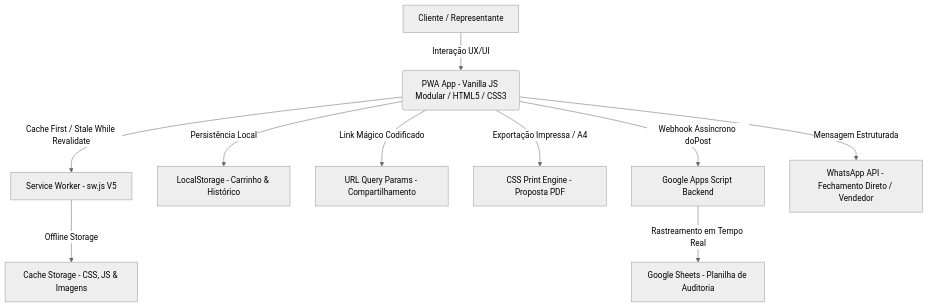
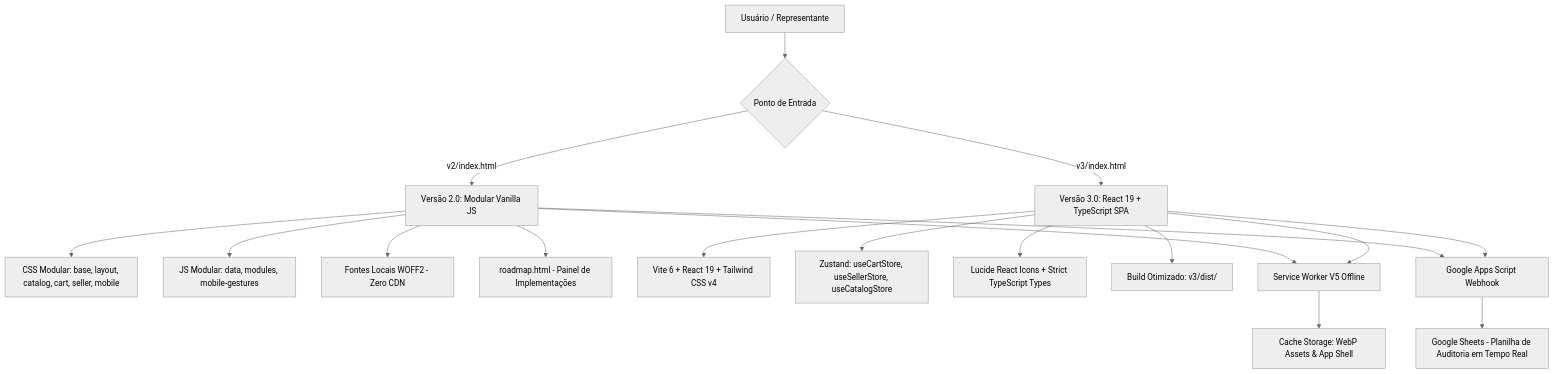
One commit to N4FOG/catalognafog changed the diagram in README.md. Above: the diagram before and after it, drawn with Mermaid (neutral theme). The commit also changed other lines of this file and 14 other files, not shown here.

First line of the commit message:
docs & feat: 📊 Painel de Roadmap Interativo, Fontes Locais WOFF2 e README Unificado

````diff
--- a/README.md
+++ b/README.md
@@ -68,12 +56,23 @@
 ```mermaid
 graph TD
-    A[Cliente / Representante] -->|Interação UX/UI| B(PWA App - Vanilla JS Modular / HTML5 / CSS3)
-    B -->|Cache First / Stale While Revalidate| C[Service Worker - sw.js V5]
-    C -->|Offline Storage| D[Cache Storage - CSS, JS & Imagens]
-    B -->|Persistência Local| E[LocalStorage - Carrinho & Histórico]
-    B -->|Link Mágico Codificado| F[URL Query Params - Compartilhamento]
-    B -->|Exportação Impressa / A4| G[CSS Print Engine - Proposta PDF]
-    B -->|Webhook Assíncrono doPost| H[Google Apps Script Backend]
-    H -->|Rastreamento em Tempo Real| I[Google Sheets - Planilha de Auditoria]
-    B -->|Mensagem Estruturada| J[WhatsApp API - Fechamento Direto / Vendedor]
+    A[Usuário / Representante] --> B{Ponto de Entrada}
+    B -->|v2/index.html| C[Versão 2.0: Modular Vanilla JS]
+    B -->|v3/index.html| D[Versão 3.0: React 19 + TypeScript SPA]
+    
+    C --> C1[CSS Modular: base, layout, catalog, cart, seller, mobile]
+    C --> C2[JS Modular: data, modules, mobile-gestures]
+    C --> C3[Fontes Locais WOFF2 - Zero CDN]
+    C --> C4[roadmap.html - Painel de Implementações]
+
+    D --> D1[Vite 6 + React 19 + Tailwind CSS v4]
+    D --> D2[Zustand: useCartStore, useSellerStore, useCatalogStore]
+    D --> D3[Lucide React Icons + Strict TypeScript Types]
+    D --> D4[Build Otimizado: v3/dist/]
+
+    C --> E[Service Worker V5 Offline]
+    D --> E
+    E --> F[Cache Storage: WebP Assets & App Shell]
+    C --> G[Google Apps Script Webhook]
+    D --> G
+    G --> H[Google Sheets - Planilha de Auditoria em Tempo Real]
 ```
````
